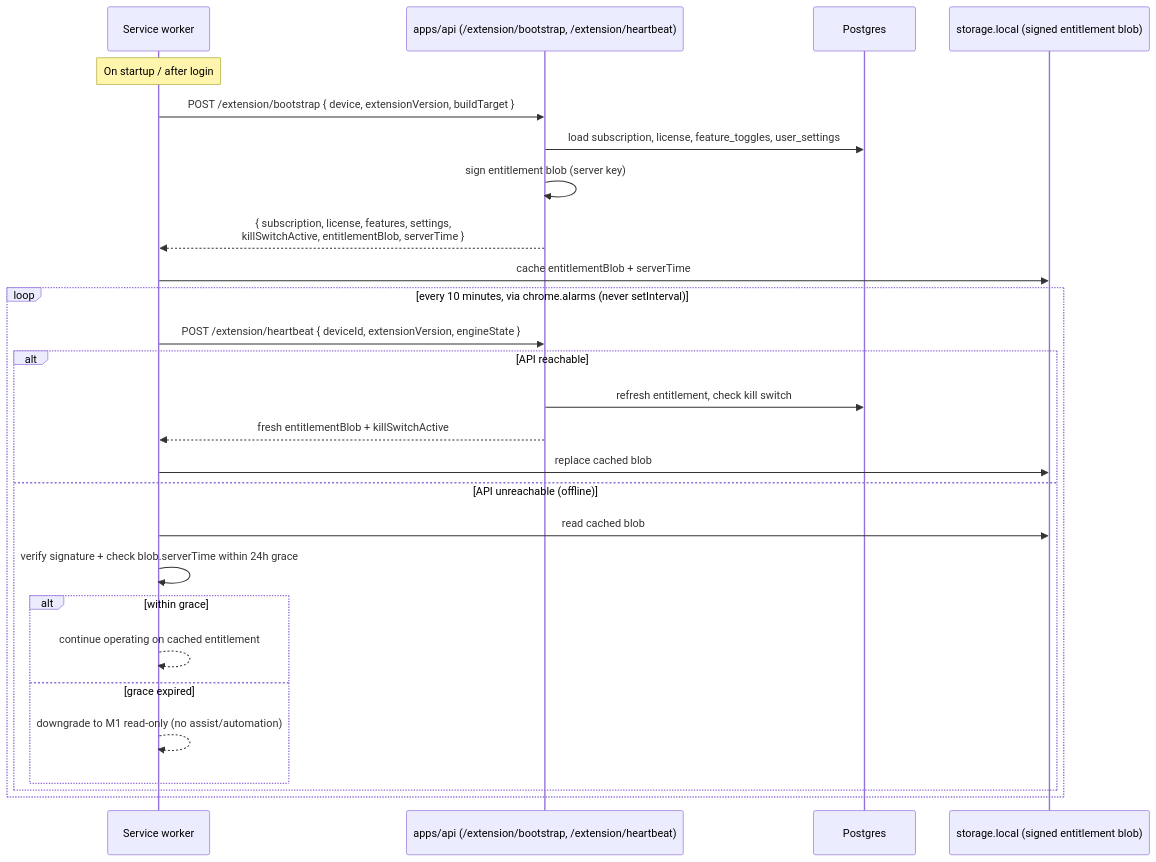
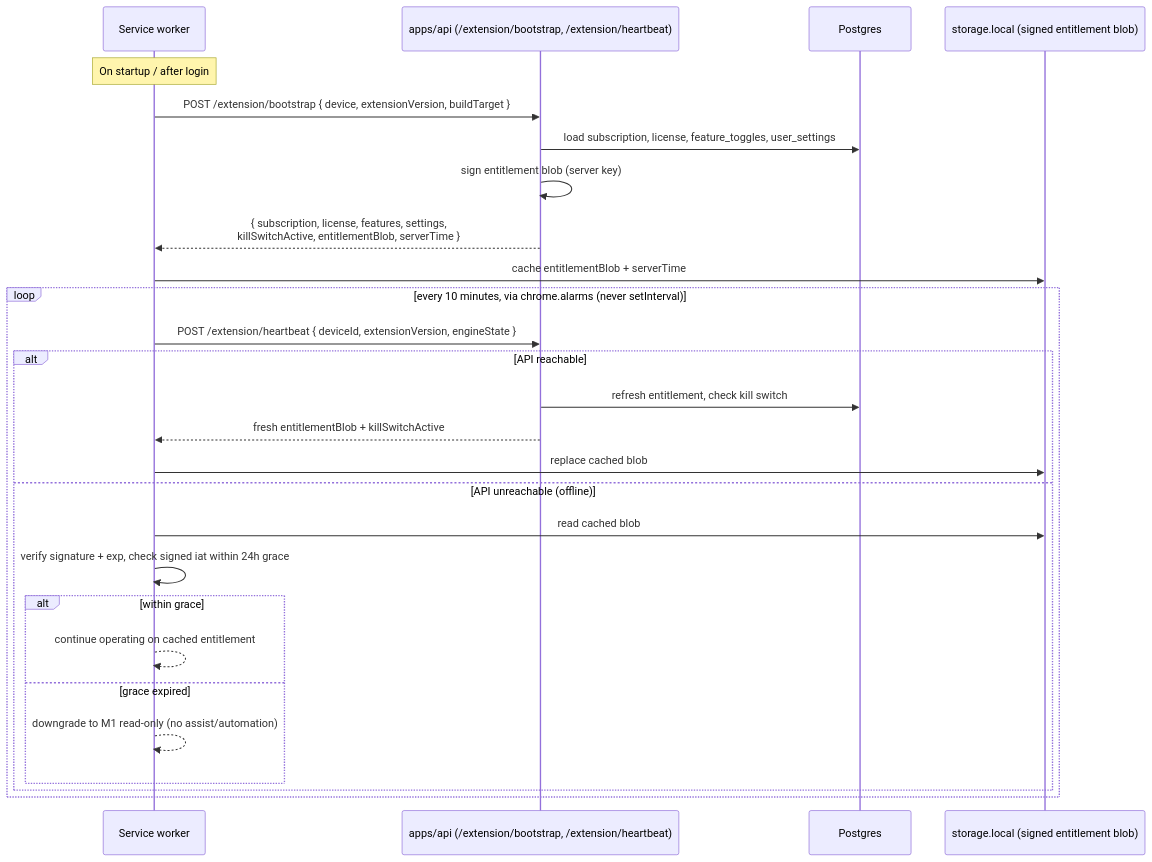
The fifth of 11 diagrams in docs/01-architecture.md (MahmoudSghayer/Snippingtool), drawn with Mermaid before and after one commit. The commit also changed 11 other files, not shown here.

First line of the commit message:
Verify the licence cache on every read and honour the offline grace

````diff
--- a/docs/01-architecture.md
+++ b/docs/01-architecture.md
@@ -239,31 +239,31 @@
 ```mermaid
 sequenceDiagram
     participant SW as Service worker
     participant API as apps/api (/extension/bootstrap, /extension/heartbeat)
     participant PG as Postgres
     participant Local as storage.local (signed entitlement blob)
 
     Note over SW: On startup / after login
     SW->>API: POST /extension/bootstrap { device, extensionVersion, buildTarget }
     API->>PG: load subscription, license, feature_toggles, user_settings
     API->>API: sign entitlement blob (server key)
     API-->>SW: { subscription, license, features, settings,<br/>killSwitchActive, entitlementBlob, serverTime }
     SW->>Local: cache entitlementBlob + serverTime
 
     loop every 10 minutes, via chrome.alarms (never setInterval)
         SW->>API: POST /extension/heartbeat { deviceId, extensionVersion, engineState }
         alt API reachable
             API->>PG: refresh entitlement, check kill switch
             API-->>SW: fresh entitlementBlob + killSwitchActive
             SW->>Local: replace cached blob
         else API unreachable (offline)
             SW->>Local: read cached blob
-            SW->>SW: verify signature + check blob.serverTime within 24h grace
+            SW->>SW: verify signature + exp, check signed iat within 24h grace
             alt within grace
                 SW-->>SW: continue operating on cached entitlement
             else grace expired
                 SW-->>SW: downgrade to M1 read-only (no assist/automation)
             end
         end
     end
 ```
````
